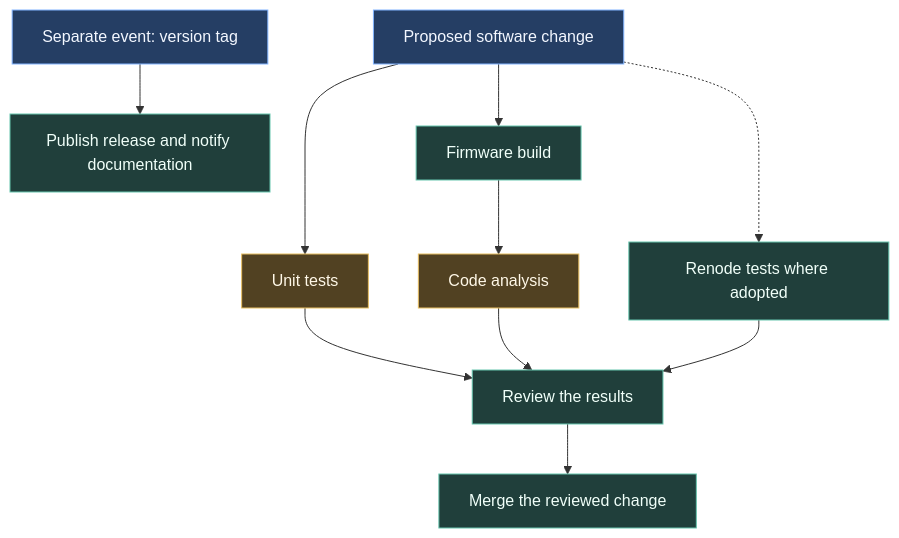
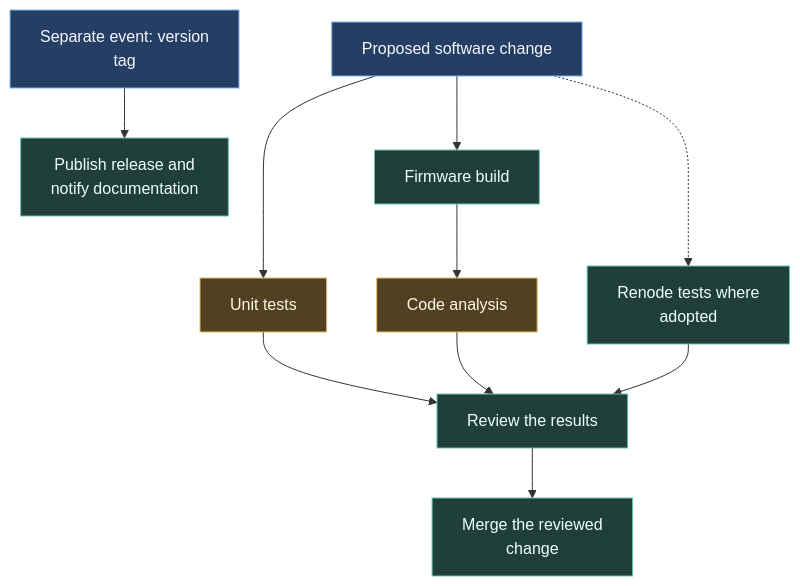
One commit to ARTTU-Software/.github changed the first of 2 diagrams in docs/ci/README.md. Above: the diagram before and after it, drawn with Mermaid. The commit also changed other lines of this file and 12 other files, not shown here.

Commit message:
docs: keep diagram labels readable within their nodes

````diff
--- a/docs/ci/README.md
+++ b/docs/ci/README.md
@@ -16,21 +16,21 @@
 ```mermaid
 flowchart TB
     CHANGE["Proposed software change"] --> UNIT["Unit tests"]
     CHANGE --> BUILD["Firmware build"]
-    CHANGE -.-> SIM["Renode tests where adopted"]
+    CHANGE -.-> SIM["Renode tests where<br/>adopted"]
     BUILD --> ANALYSIS["Code analysis"]
     UNIT --> REVIEW["Review the results"]
     ANALYSIS --> REVIEW
     SIM --> REVIEW
-    REVIEW --> MERGE["Merge the reviewed change"]
-    TAG["Separate event: version tag"] --> RELEASE["Publish release and notify documentation"]
+    REVIEW --> MERGE["Merge the reviewed<br/>change"]
+    TAG["Separate event: version<br/>tag"] --> RELEASE["Publish release and<br/>notify documentation"]
 
     classDef task fill:#253e64,stroke:#82b4ff,color:#f3f7ff
     classDef process fill:#203f3b,stroke:#66c5ae,color:#f0fff9
     classDef check fill:#514122,stroke:#e8bf63,color:#fff8e8
     classDef failure fill:#512d3d,stroke:#ef91ac,color:#fff1f6
     class CHANGE,TAG task
     class UNIT,ANALYSIS check
     class BUILD,SIM process
     class REVIEW,MERGE,RELEASE process
 ```
````
